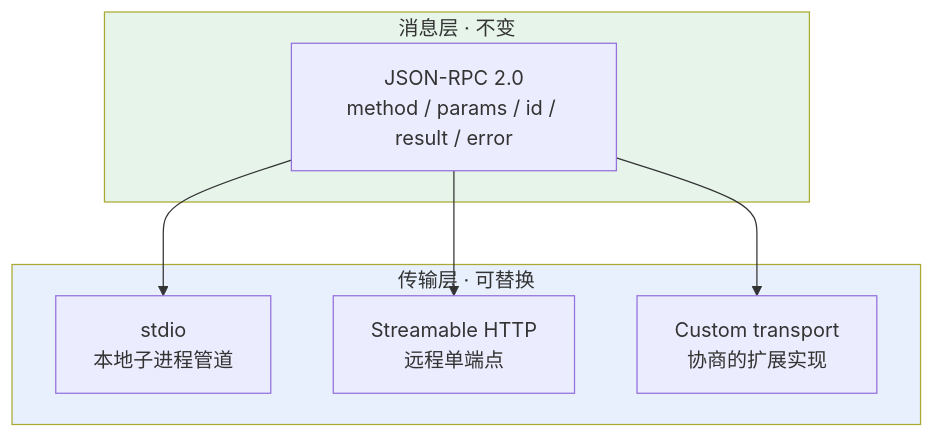
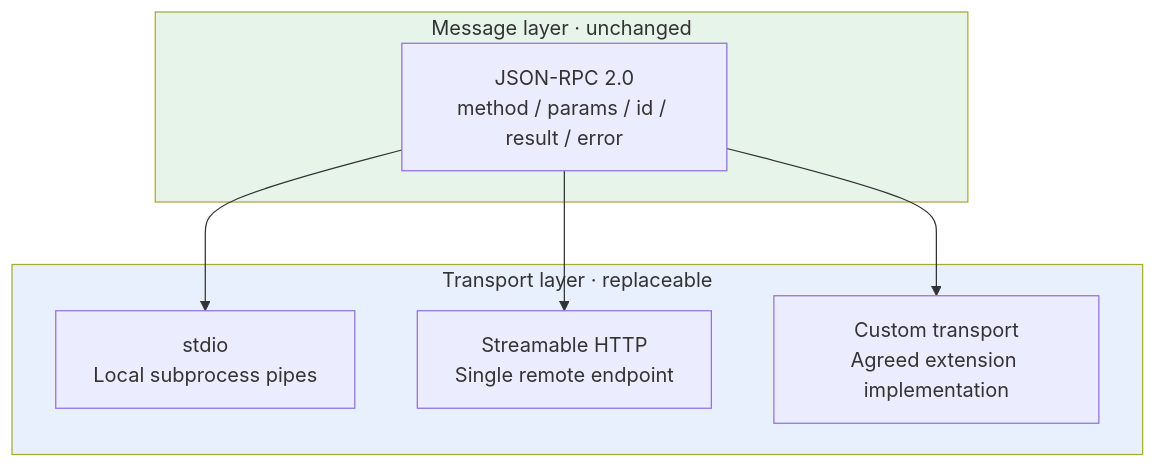
One commit to oneleaveknowsthefall/awesome-ai-roadmap changed the first of 4 diagrams in docs/tools/02-mcp/12-mcp-transport.md. Above: the diagram before and after it, drawn with Mermaid. The commit also changed other lines of this file and 42 other files, not shown here.

````diff
--- a/docs/tools/02-mcp/12-mcp-transport.md
+++ b/docs/tools/02-mcp/12-mcp-transport.md
@@ -11,19 +11,19 @@
 ```mermaid
 flowchart TB
-    subgraph MSG["消息层 · 不变"]
+    subgraph MSG["Message layer · unchanged"]
         J["JSON-RPC 2.0<br/>method / params / id / result / error"]
     end
 
-    subgraph TRANS["传输层 · 可替换"]
-        T1["stdio<br/>本地子进程管道"]
-        T2["Streamable HTTP<br/>远程单端点"]
-        T3["Custom transport<br/>协商的扩展实现"]
+    subgraph TRANS["Transport layer · replaceable"]
+        T1["stdio<br/>Local subprocess pipes"]
+        T2["Streamable HTTP<br/>Single remote endpoint"]
+        T3["Custom transport<br/>Agreed extension implementation"]
     end
 
     J --> T1
     J --> T2
     J --> T3
 
     style MSG fill:#e6f4ea
     style TRANS fill:#e8f0fe
 ```
````
